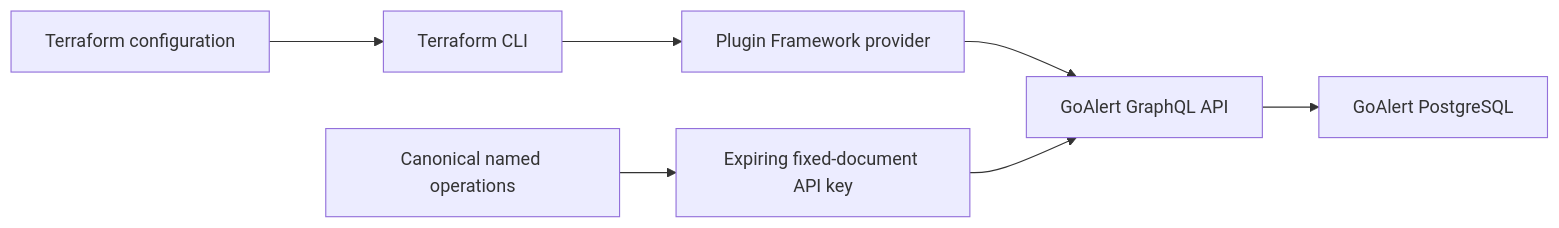
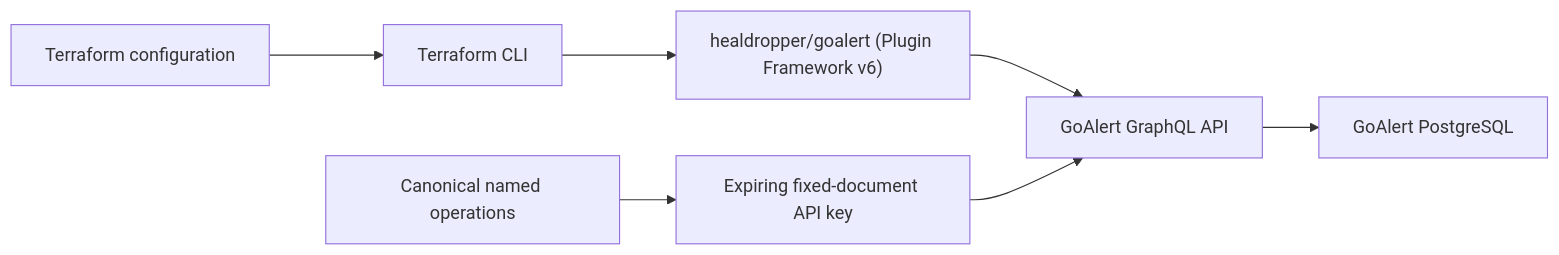
Before and after one commit to healdropper/terraform-provider-goalert: the diagram in README.md, drawn with Mermaid. The commit also changed other lines of this file and 8 other files, not shown here.

````diff
--- a/README.md
+++ b/README.md
@@ -7,9 +5,9 @@
 ```mermaid
 flowchart LR
     HCL[Terraform configuration] --> TF[Terraform CLI]
-    TF --> PF[Plugin Framework provider]
+    TF --> PF["healdropper/goalert (Plugin Framework v6)"]
     PF --> API[GoAlert GraphQL API]
     KEY[Expiring fixed-document API key] --> API
     DOC[Canonical named operations] --> KEY
     API --> PG[GoAlert PostgreSQL]
 ```
````
